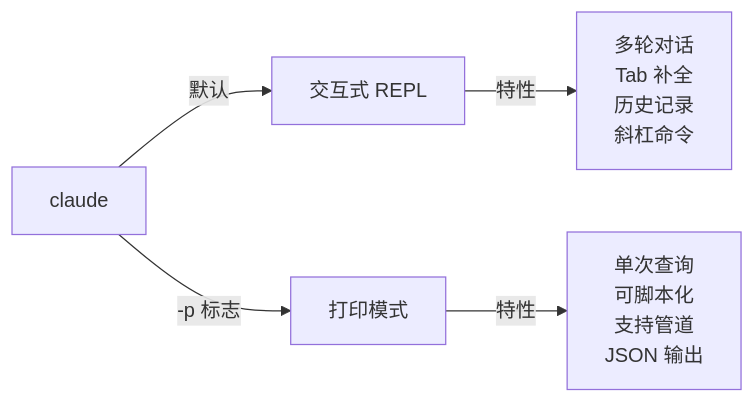
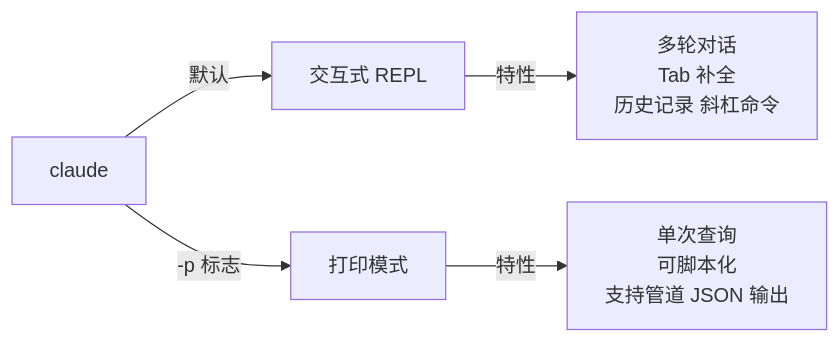
The second of 2 diagrams in 10-cli/README.md (Rx782-Fss/claude-howto-zh), drawn with Mermaid before and after one commit. The commit also changed 5 other files, not shown here.

Commit message:
fix: Mermaid 内全角括号/问号/emoji/<br/> 改为半角ASCII避免 GitHub 渲染失败

````diff
--- a/10-cli/README.md
+++ b/10-cli/README.md
@@ -66,7 +66,7 @@
 ```mermaid
 graph LR
     A["claude"] -->|默认| B["交互式 REPL"]
     A -->|"-p 标志"| C["打印模式"]
-    B -->|特性| D["多轮对话<br/>Tab 补全<br/>历史记录<br/>斜杠命令"]
-    C -->|特性| E["单次查询<br/>可脚本化<br/>支持管道<br/>JSON 输出"]
+    B -->|特性| D["多轮对话<br/>Tab 补全<br/>历史记录 斜杠命令"]
+    C -->|特性| E["单次查询<br/>可脚本化<br/>支持管道 JSON 输出"]
 ```
````
